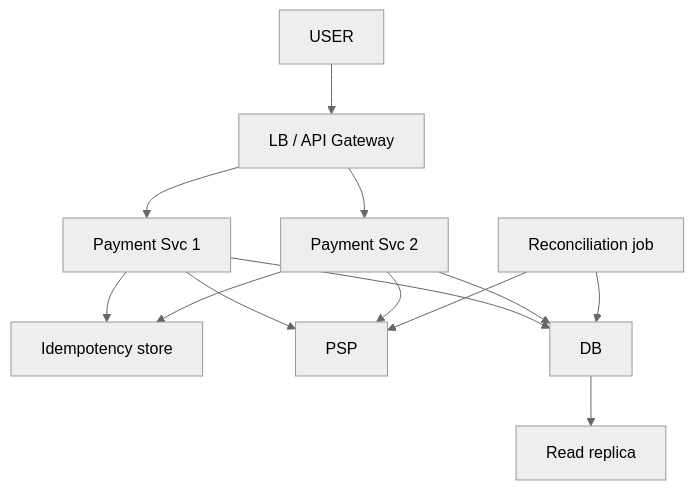
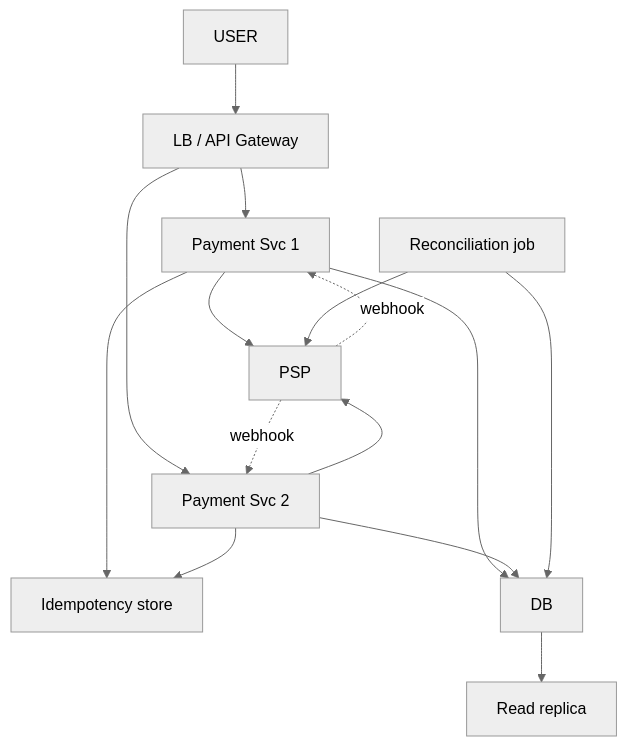
One commit to ArpanMaheshwari144/Prep changed the ninth of 11 diagrams in 04_HLD/SYSTEM_DESIGNS/06_payment_system/06_payment_system.md. Above: the diagram before and after it, drawn with Mermaid (neutral theme). The commit also changed other lines of this file and 12 other files, not shown here.

````diff
--- a/04_HLD/SYSTEM_DESIGNS/06_payment_system/06_payment_system.md
+++ b/04_HLD/SYSTEM_DESIGNS/06_payment_system/06_payment_system.md
@@ -399,24 +404,26 @@
 ```mermaid
 flowchart TD
     n_USER["USER"]
     n_LB_API_Gateway["LB / API Gateway"]
     n_Payment_Svc_x_N_1["Payment Svc 1"]
     n_Payment_Svc_x_N_2["Payment Svc 2"]
     n_Idempotency_store["Idempotency store"]
     n_PSP["PSP"]
     n_DB["DB"]
     n_Read_replica["Read replica"]
     n_Reconciliation_job["Reconciliation job"]
     n_USER --> n_LB_API_Gateway
     n_LB_API_Gateway --> n_Payment_Svc_x_N_1
     n_LB_API_Gateway --> n_Payment_Svc_x_N_2
     n_Payment_Svc_x_N_1 --> n_Idempotency_store
     n_Payment_Svc_x_N_2 --> n_Idempotency_store
     n_Payment_Svc_x_N_1 --> n_PSP
     n_Payment_Svc_x_N_2 --> n_PSP
     n_Payment_Svc_x_N_1 --> n_DB
     n_Payment_Svc_x_N_2 --> n_DB
     n_DB --> n_Read_replica
     n_Reconciliation_job --> n_DB
     n_Reconciliation_job --> n_PSP
+    n_PSP -.->|webhook| n_Payment_Svc_x_N_1
+    n_PSP -.->|webhook| n_Payment_Svc_x_N_2
 ```
````
